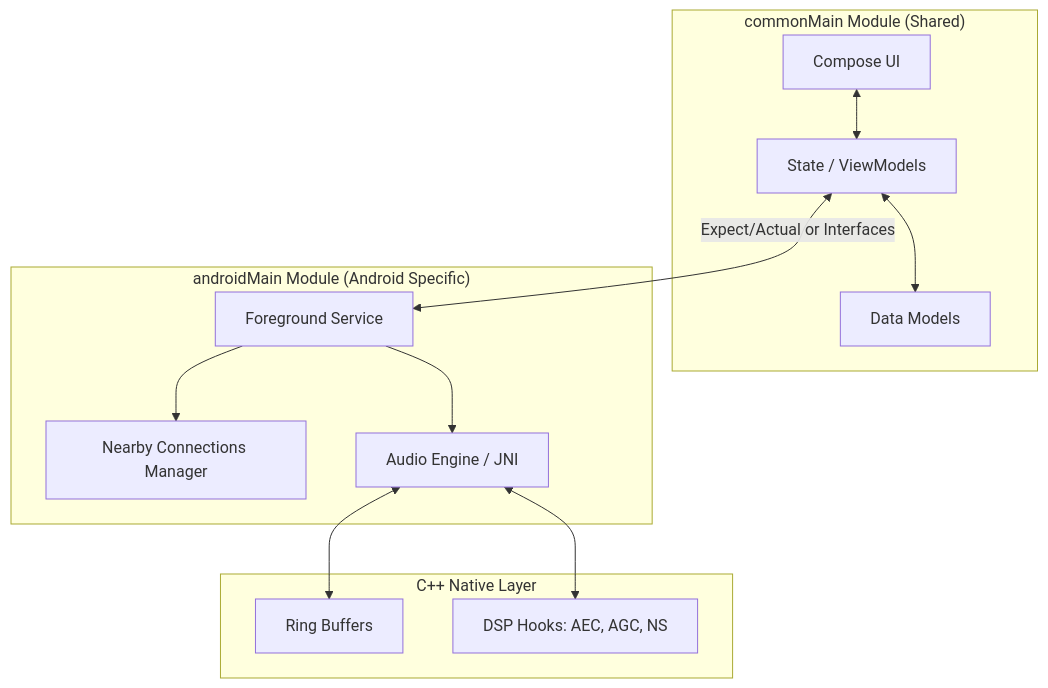
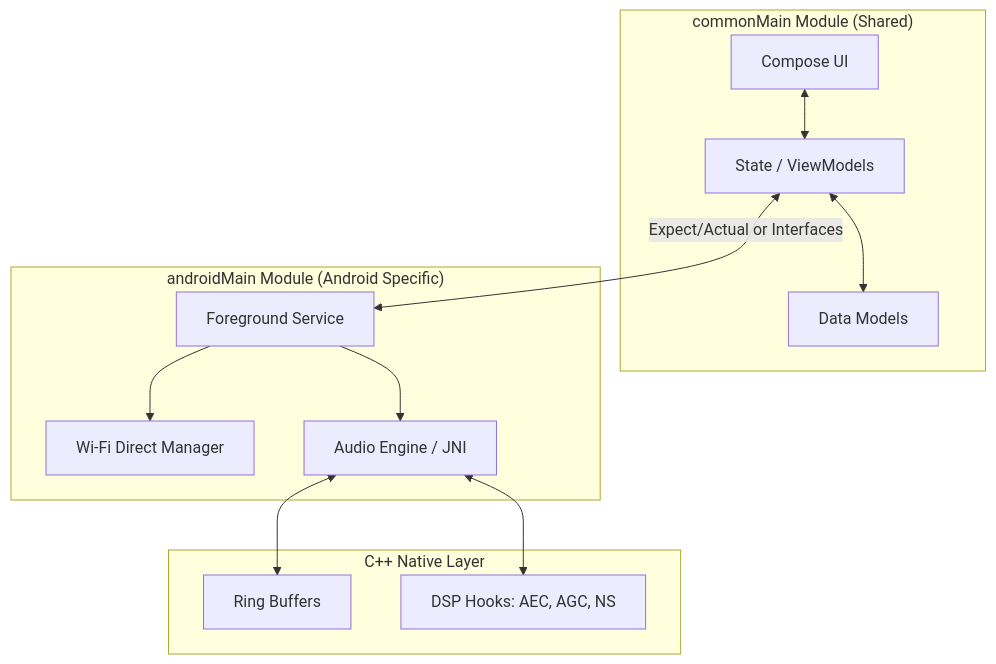
The second of 2 diagrams in docs/ImplementationPlan.md (WINDY-WINDWARD/PeerSync), drawn with Mermaid before and after one commit. The commit also changed other lines of this file and 17 other files, not shown here.

````diff
--- a/docs/ImplementationPlan.md
+++ b/docs/ImplementationPlan.md
@@ -33,28 +33,28 @@
 ```mermaid
 flowchart TB
     subgraph commonMain ["commonMain Module (Shared)"]
         UI["Compose UI"]
         ViewModels["State / ViewModels"]
         Models["Data Models"]
         UI <--> ViewModels
         ViewModels <--> Models
     end
 
     subgraph androidMain ["androidMain Module (Android Specific)"]
         ForegroundService["Foreground Service"]
-        NearbyConnections["Nearby Connections Manager"]
+        NearbyConnections["Wi-Fi Direct Manager"]
         AudioEngine["Audio Engine / JNI"]
         
         ForegroundService --> NearbyConnections
         ForegroundService --> AudioEngine
     end
     
     ViewModels <-->|"Expect/Actual or Interfaces"| ForegroundService
     
     subgraph NativeLayer ["C++ Native Layer"]
         RingBuffer["Ring Buffers"]
         DSP["DSP Hooks: AEC, AGC, NS"]
         AudioEngine <--> RingBuffer
         AudioEngine <--> DSP
     end
 ```
````
